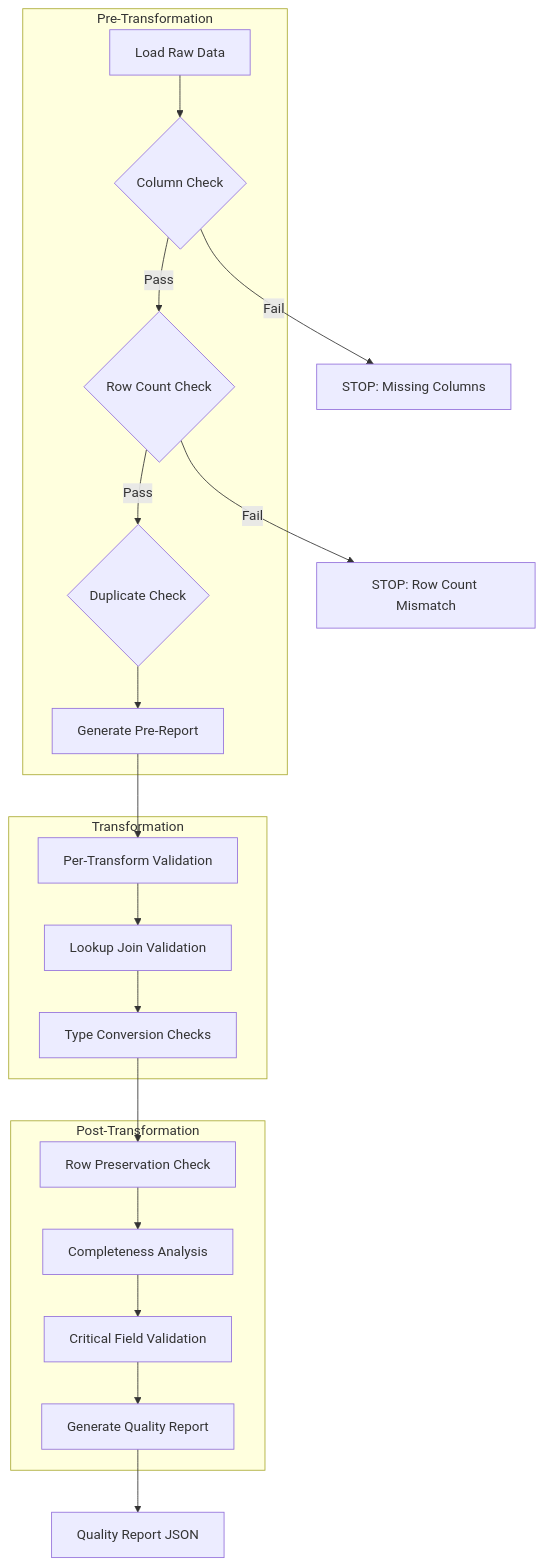
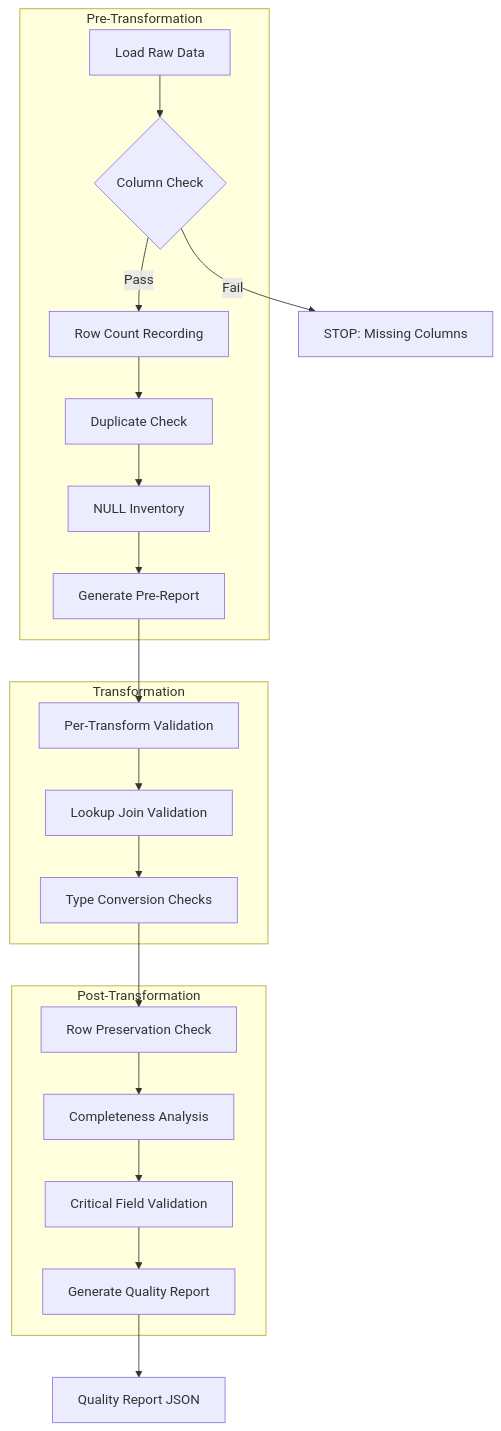
The diagram in docs/05-quality-gates.qmd (UrbanInstitute/nccs-data-bmf), drawn with Mermaid before and after one commit. The commit also changed other lines of this file and 8 other files, not shown here.

````diff
--- a/docs/05-quality-gates.qmd
+++ b/docs/05-quality-gates.qmd
@@ -11,38 +11,39 @@
 ```{mermaid}
 flowchart TB
     subgraph Pre["Pre-Transformation"]
         P1[Load Raw Data]
         P2{Column Check}
-        P3{Row Count Check}
-        P4{Duplicate Check}
-        P5[Generate Pre-Report]
+        P3[Row Count Recording]
+        P4[Duplicate Check]
+        P5[NULL Inventory]
+        P6[Generate Pre-Report]
     end
 
     subgraph Transform["Transformation"]
         T1[Per-Transform Validation]
         T2[Lookup Join Validation]
         T3[Type Conversion Checks]
     end
 
     subgraph Post["Post-Transformation"]
         Q1[Row Preservation Check]
         Q2[Completeness Analysis]
         Q3[Critical Field Validation]
         Q4[Generate Quality Report]
     end
 
     P1 --> P2
     P2 -->|Pass| P3
     P2 -->|Fail| STOP1[STOP: Missing Columns]
-    P3 -->|Pass| P4
-    P3 -->|Fail| STOP2[STOP: Row Count Mismatch]
+    P3 --> P4
     P4 --> P5
-    P5 --> T1
+    P5 --> P6
+    P6 --> T1
     T1 --> T2
     T2 --> T3
     T3 --> Q1
     Q1 --> Q2
     Q2 --> Q3
     Q3 --> Q4
     Q4 --> OUTPUT[Quality Report JSON]
 ```
````
